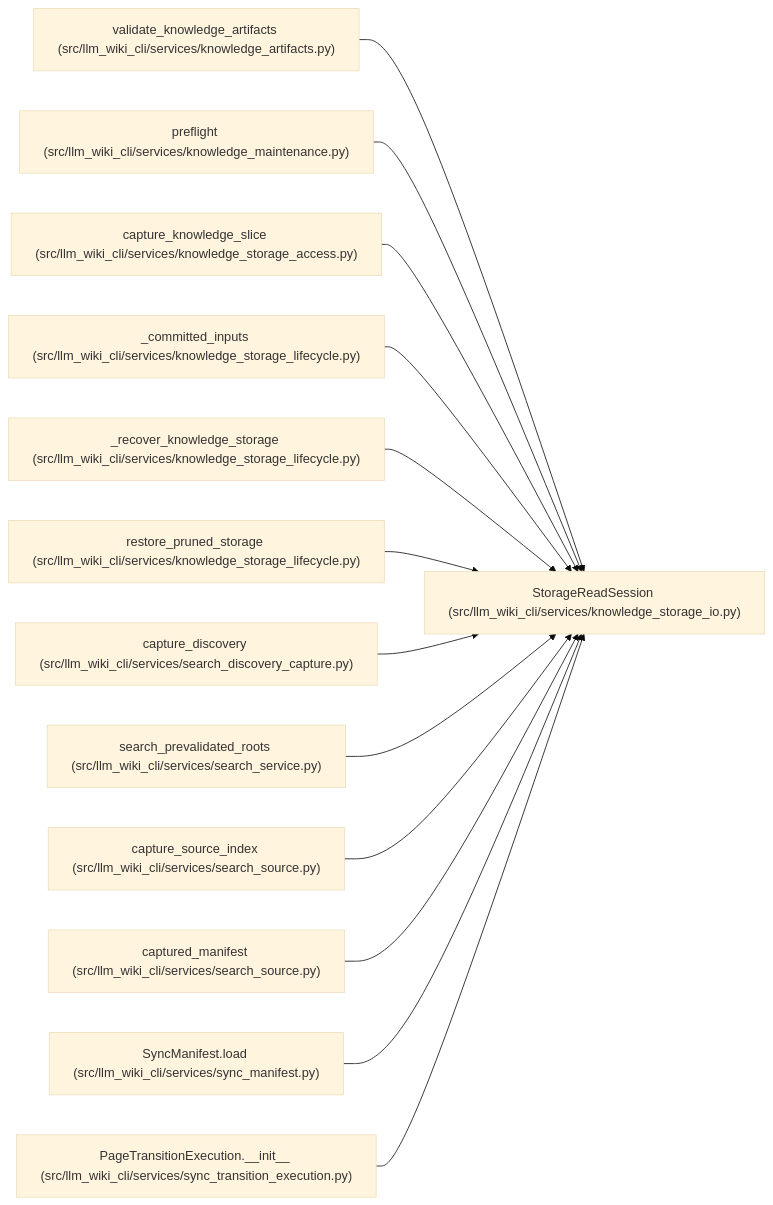
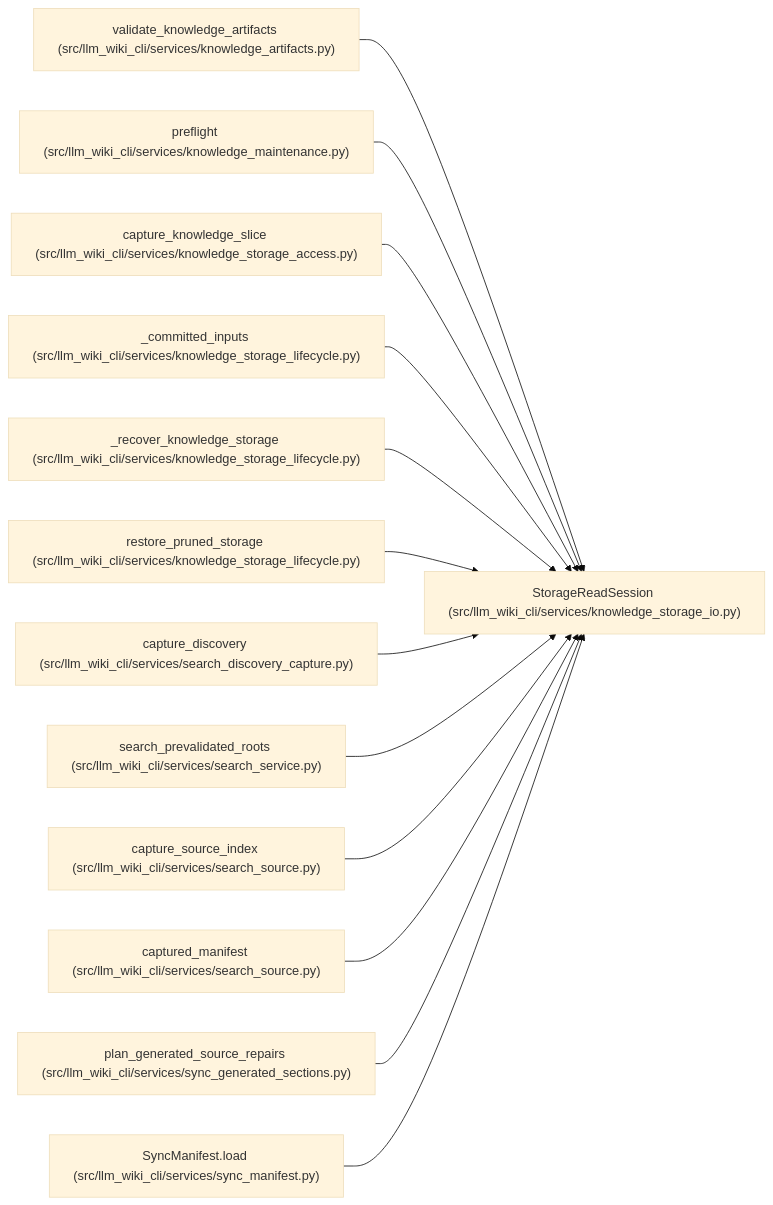
One commit to Denissvgn/python-wiki-llm changed the diagram in docs/llm_wiki/entities/StorageReadSession.md. Above: the diagram before and after it, drawn with Mermaid (base theme). The commit also changed other lines of this file and 370 other files, not shown here.

Commit message:
docs(wiki): Document source-grounded retained section repairs

````diff
--- a/docs/llm_wiki/entities/StorageReadSession.md
+++ b/docs/llm_wiki/entities/StorageReadSession.md
@@ -34,41 +34,41 @@
 ```mermaid
 flowchart LR
     n0["StorageReadSession (src/llm_wiki_cli/services/knowledge_storage_io.py)"]
     n1["validate_knowledge_artifacts (src/llm_wiki_cli/services/knowledge_artifacts.py)"]
     n2["preflight (src/llm_wiki_cli/services/knowledge_maintenance.py)"]
     n3["capture_knowledge_slice (src/llm_wiki_cli/services/knowledge_storage_access.py)"]
     n4["_committed_inputs (src/llm_wiki_cli/services/knowledge_storage_lifecycle.py)"]
     n5["_recover_knowledge_storage (src/llm_wiki_cli/services/knowledge_storage_lifecycle.py)"]
     n6["restore_pruned_storage (src/llm_wiki_cli/services/knowledge_storage_lifecycle.py)"]
     n7["capture_discovery (src/llm_wiki_cli/services/search_discovery_capture.py)"]
     n8["search_prevalidated_roots (src/llm_wiki_cli/services/search_service.py)"]
     n9["capture_source_index (src/llm_wiki_cli/services/search_source.py)"]
     n10["captured_manifest (src/llm_wiki_cli/services/search_source.py)"]
-    n11["SyncManifest.load (src/llm_wiki_cli/services/sync_manifest.py)"]
-    n12["PageTransitionExecution.__init__ (src/llm_wiki_cli/services/sync_transition_execution.py)"]
+    n11["plan_generated_source_repairs (src/llm_wiki_cli/services/sync_generated_sections.py)"]
+    n12["SyncManifest.load (src/llm_wiki_cli/services/sync_manifest.py)"]
     n1 --> n0
     n2 --> n0
     n3 --> n0
     n4 --> n0
     n5 --> n0
     n6 --> n0
     n7 --> n0
     n8 --> n0
     n9 --> n0
     n10 --> n0
     n11 --> n0
     n12 --> n0
     click n0 "../modules/knowledge_storage_io.md"
     click n1 "../modules/knowledge_artifacts.md"
     click n2 "../modules/knowledge_maintenance.md"
     click n3 "../modules/knowledge_storage_access.md"
     click n4 "../modules/knowledge_storage_lifecycle.md"
     click n5 "../modules/knowledge_storage_lifecycle.md"
     click n6 "../modules/knowledge_storage_lifecycle.md"
     click n7 "../modules/search_discovery_capture.md"
     click n8 "../modules/search_service.md"
     click n9 "../modules/search_source.md"
     click n10 "../modules/search_source.md"
-    click n11 "../modules/sync_manifest.md"
-    click n12 "../modules/sync_transition_execution.md"
+    click n11 "../modules/sync_generated_sections.md"
+    click n12 "../modules/sync_manifest.md"
 ```
````
